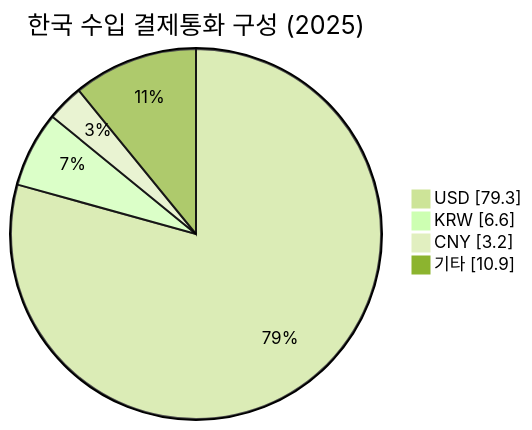
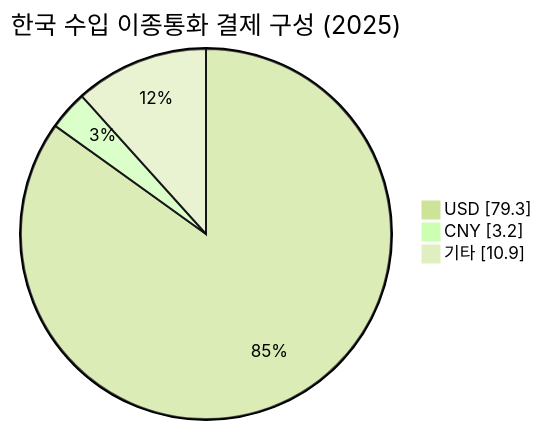
Before and after one commit to jennie-brain/business-analysis-frameworks: the second of 5 diagrams in 04_TAM-SAM-SOM_마켓세그먼트/06_6단계_반복적정제.md, drawn with Mermaid (forest theme). The commit also changed other lines of this file, not shown here.

First line of the commit message:
6단계 통화 비교에서 원화(KRW)를 제외

````diff
--- a/04_TAM-SAM-SOM_마켓세그먼트/06_6단계_반복적정제.md
+++ b/04_TAM-SAM-SOM_마켓세그먼트/06_6단계_반복적정제.md
@@ -28,8 +29,7 @@
 ```mermaid
 pie showData
-    title 한국 수입 결제통화 구성 (2025)
+    title 한국 수입 이종통화 결제 구성 (2025)
     "USD" : 79.3
-    "KRW" : 6.6
     "CNY" : 3.2
     "기타" : 10.9
 ```
````
